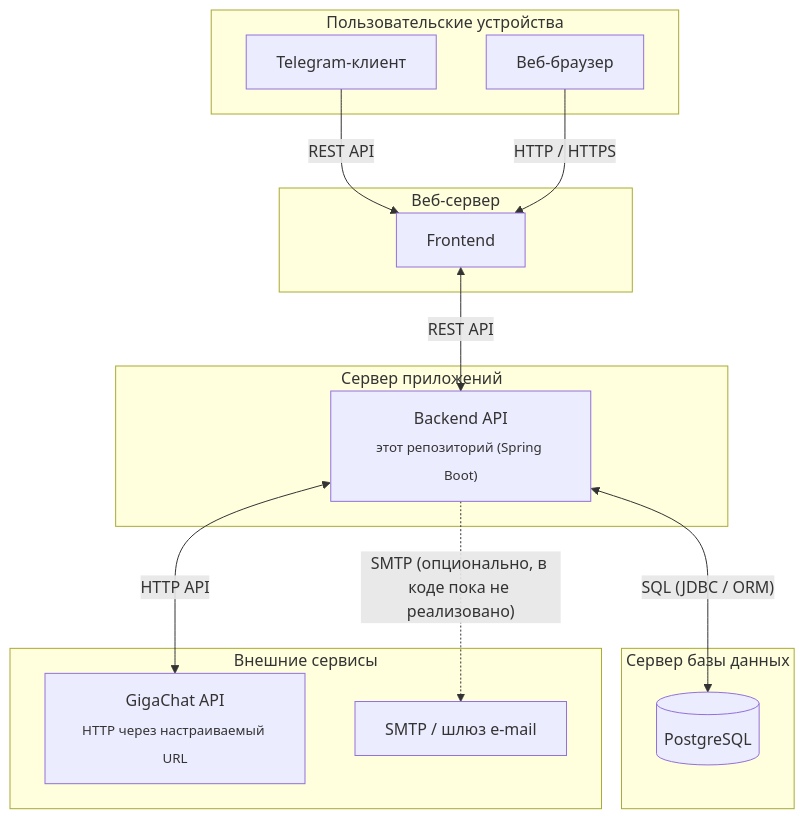
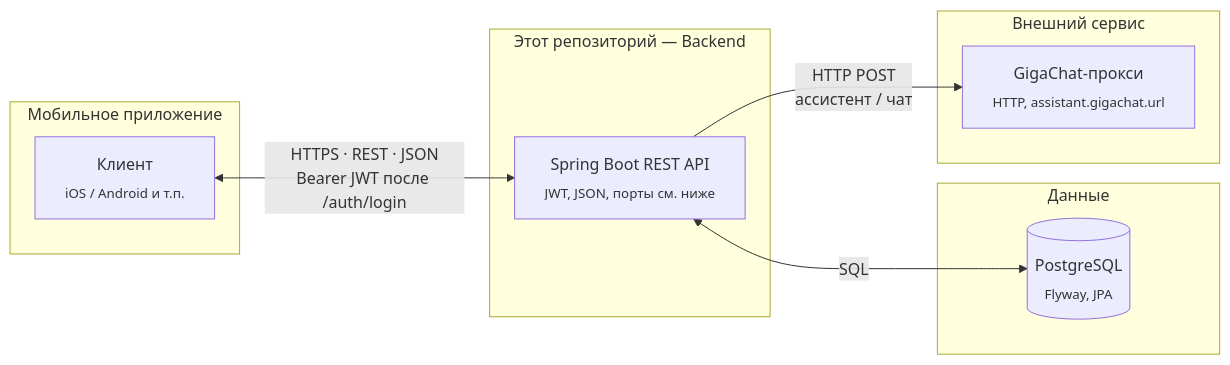
Before and after one commit to MCtext043/SMART_WALLET: the diagram in README.md, drawn with Mermaid. The commit also changed other lines of this file, not shown here.

````diff
--- a/README.md
+++ b/README.md
@@ -35,31 +35,22 @@
 ```mermaid
-flowchart TB
-  subgraph CLIENTS["Пользовательские устройства"]
-    TG["Telegram-клиент"]
-    WB["Веб-браузер"]
+flowchart LR
+  subgraph MOBILE["Мобильное приложение"]
+    APP["Клиент<br/><sub>iOS / Android и т.п.</sub>"]
   end
 
-  subgraph WEB["Веб-сервер"]
-    FE["Frontend"]
+  subgraph SERVER["Этот репозиторий — Backend"]
+    BE["Spring Boot REST API<br/><sub>JWT, JSON, порты см. ниже</sub>"]
   end
 
-  subgraph APP["Сервер приложений"]
-    BE["Backend API<br/><sub>этот репозиторий (Spring Boot)</sub>"]
+  subgraph DATA["Данные"]
+    PG[("PostgreSQL<br/><sub>Flyway, JPA</sub>")]
   end
 
-  subgraph DB_SRV["Сервер базы данных"]
-    PG[("PostgreSQL")]
+  subgraph EXT["Внешний сервис"]
+    GIGA["GigaChat-прокси<br/><sub>HTTP, assistant.gigachat.url</sub>"]
   end
 
-  subgraph EXT["Внешние сервисы"]
-    GIGA["GigaChat API<br/><sub>HTTP через настраиваемый URL</sub>"]
-    SMTP["SMTP / шлюз e-mail"]
-  end
-
-  TG -->|"REST API"| FE
-  WB -->|"HTTP / HTTPS"| FE
-  FE <-->|"REST API"| BE
-  BE <-->|"SQL (JDBC / ORM)"| PG
-  BE <-->|"HTTP API"| GIGA
-  BE -.->|"SMTP (опционально, в коде пока не реализовано)"| SMTP
+  APP <-->|"HTTPS · REST · JSON<br/>Bearer JWT после /auth/login"| BE
+  BE <-->|"SQL"| PG
+  BE -->|"HTTP POST<br/>ассистент / чат"| GIGA
 ```
````
